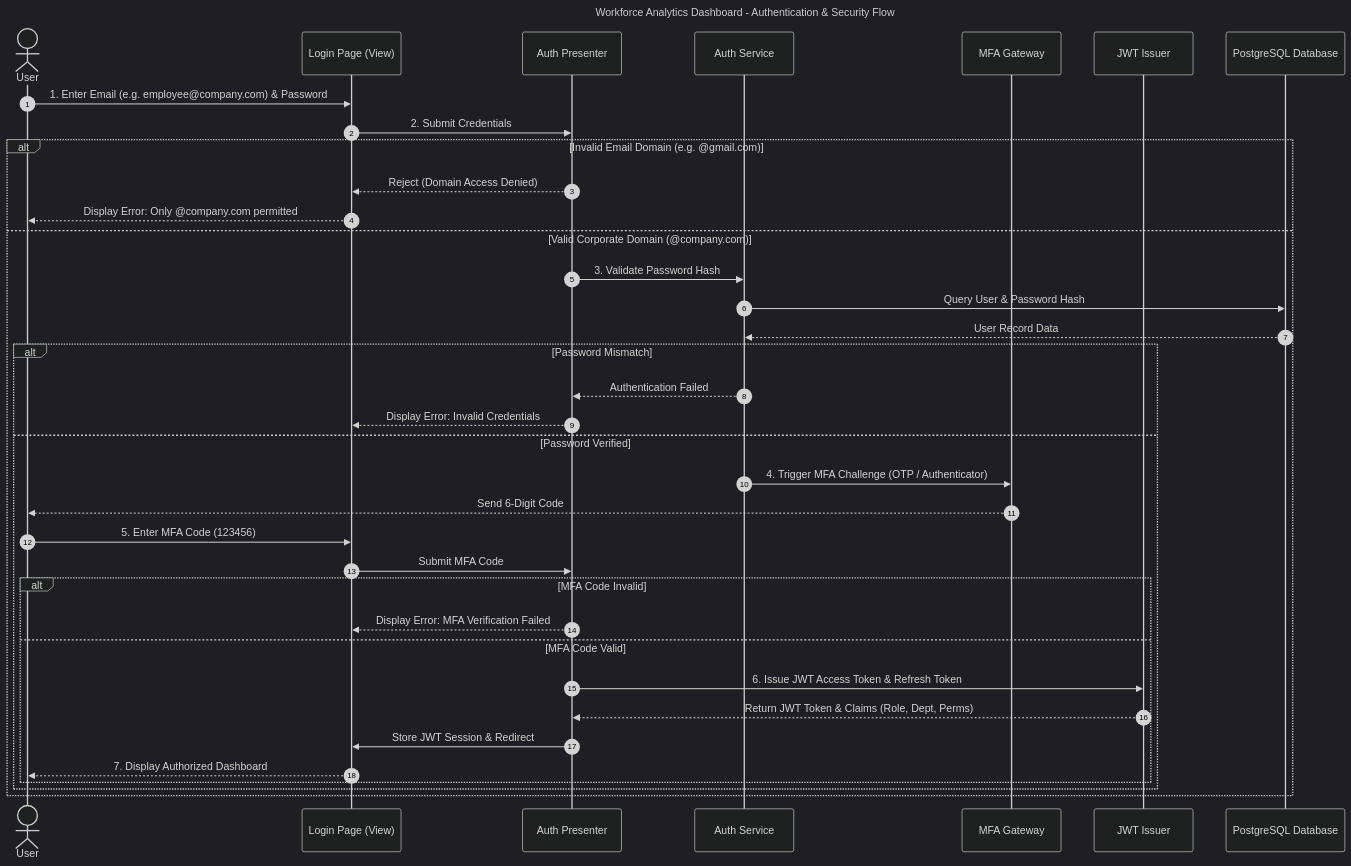
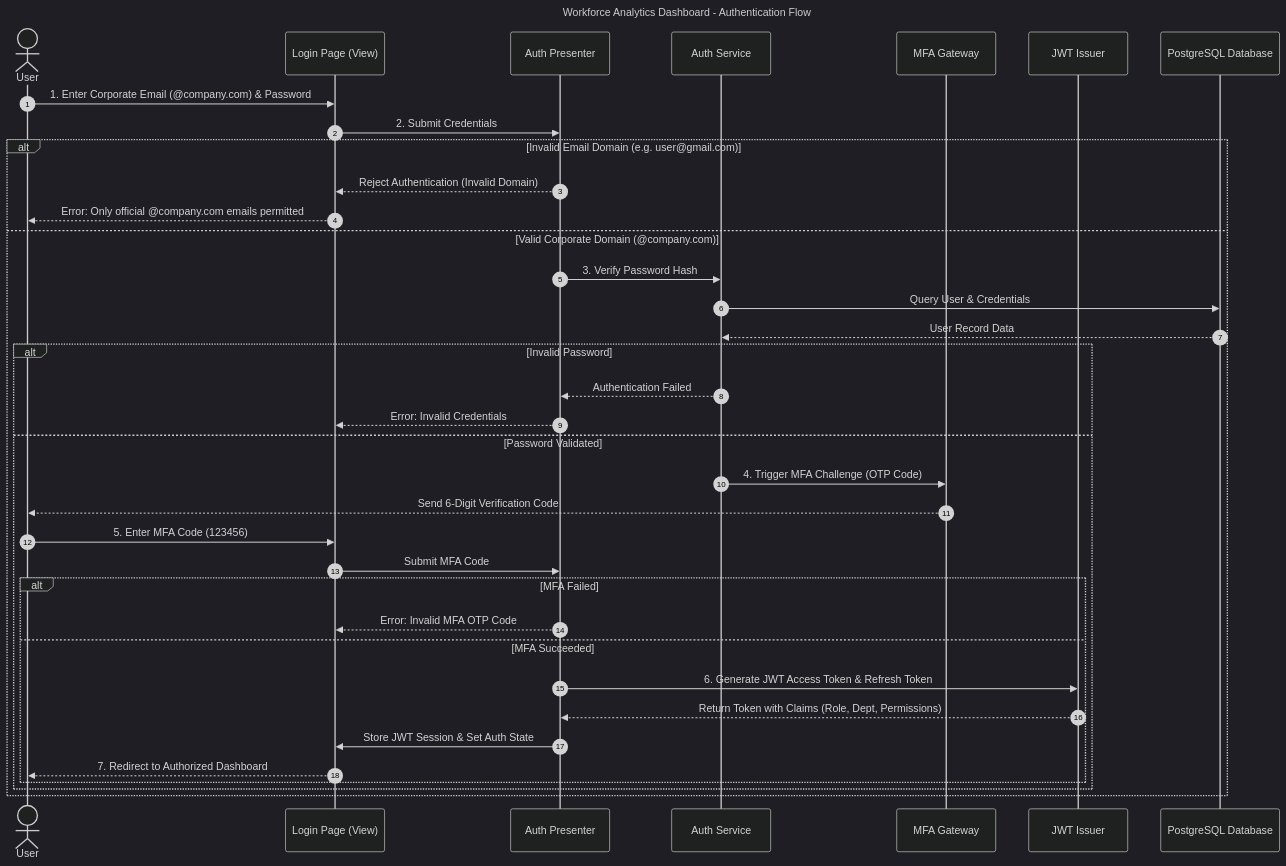
Before and after one commit to maheswari-pinneti/WFA-Rolebased-Architecture: the second of 7 diagrams in docs/architecture/MVP-Enterprise-Architecture.md, drawn with Mermaid (dark theme). The commit also changed other lines of this file, not shown here.

Commit message:
Update MVP Enterprise Architecture documentation with complete 5-layer specifications and Mermaid diagrams

````diff
--- a/docs/architecture/MVP-Enterprise-Architecture.md
+++ b/docs/architecture/MVP-Enterprise-Architecture.md
@@ -99,43 +152,43 @@
 ```mermaid
 sequenceDiagram
     autonumber
-    title: Workforce Analytics Dashboard - Authentication & Security Flow
+    title: Workforce Analytics Dashboard - Authentication Flow
     actor User
     participant View as Login Page (View)
     participant Pres as Auth Presenter
     participant AuthSvc as Auth Service
     participant MFA as MFA Gateway
     participant JWT as JWT Issuer
     participant DB as PostgreSQL Database
 
-    User->>View: 1. Enter Email (e.g. employee@company.com) & Password
+    User->>View: 1. Enter Corporate Email (@company.com) & Password
     View->>Pres: 2. Submit Credentials
     
-    alt Invalid Email Domain (e.g. @gmail.com)
-        Pres-->>View: Reject (Domain Access Denied)
-        View-->>User: Display Error: Only @company.com permitted
+    alt Invalid Email Domain (e.g. user@gmail.com)
+        Pres-->>View: Reject Authentication (Invalid Domain)
+        View-->>User: Error: Only official @company.com emails permitted
     else Valid Corporate Domain (@company.com)
-        Pres->>AuthSvc: 3. Validate Password Hash
-        AuthSvc->>DB: Query User & Password Hash
+        Pres->>AuthSvc: 3. Verify Password Hash
+        AuthSvc->>DB: Query User & Credentials
         DB-->>AuthSvc: User Record Data
         
-        alt Password Mismatch
+        alt Invalid Password
             AuthSvc-->>Pres: Authentication Failed
-            Pres-->>View: Display Error: Invalid Credentials
-        else Password Verified
-            AuthSvc->>MFA: 4. Trigger MFA Challenge (OTP / Authenticator)
-            MFA-->>User: Send 6-Digit Code
+            Pres-->>View: Error: Invalid Credentials
+        else Password Validated
+            AuthSvc->>MFA: 4. Trigger MFA Challenge (OTP Code)
+            MFA-->>User: Send 6-Digit Verification Code
             User->>View: 5. Enter MFA Code (123456)
             View->>Pres: Submit MFA Code
             
-            alt MFA Code Invalid
-                Pres-->>View: Display Error: MFA Verification Failed
-            else MFA Code Valid
-                Pres->>JWT: 6. Issue JWT Access Token & Refresh Token
-                JWT-->>Pres: Return JWT Token & Claims (Role, Dept, Perms)
-                Pres->>View: Store JWT Session & Redirect
-                View-->>User: 7. Display Authorized Dashboard
+            alt MFA Failed
+                Pres-->>View: Error: Invalid MFA OTP Code
+            else MFA Succeeded
+                Pres->>JWT: 6. Generate JWT Access Token & Refresh Token
+                JWT-->>Pres: Return Token with Claims (Role, Dept, Permissions)
+                Pres->>View: Store JWT Session & Set Auth State
+                View-->>User: 7. Redirect to Authorized Dashboard
             end
         end
     end
 ```
````
